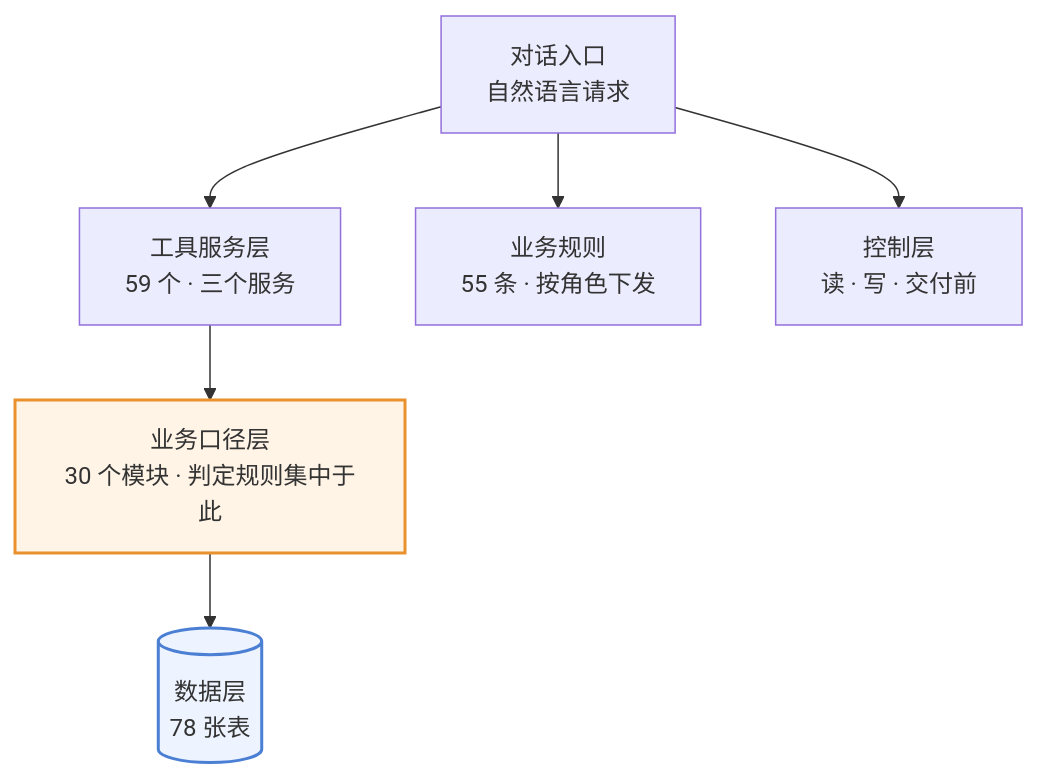
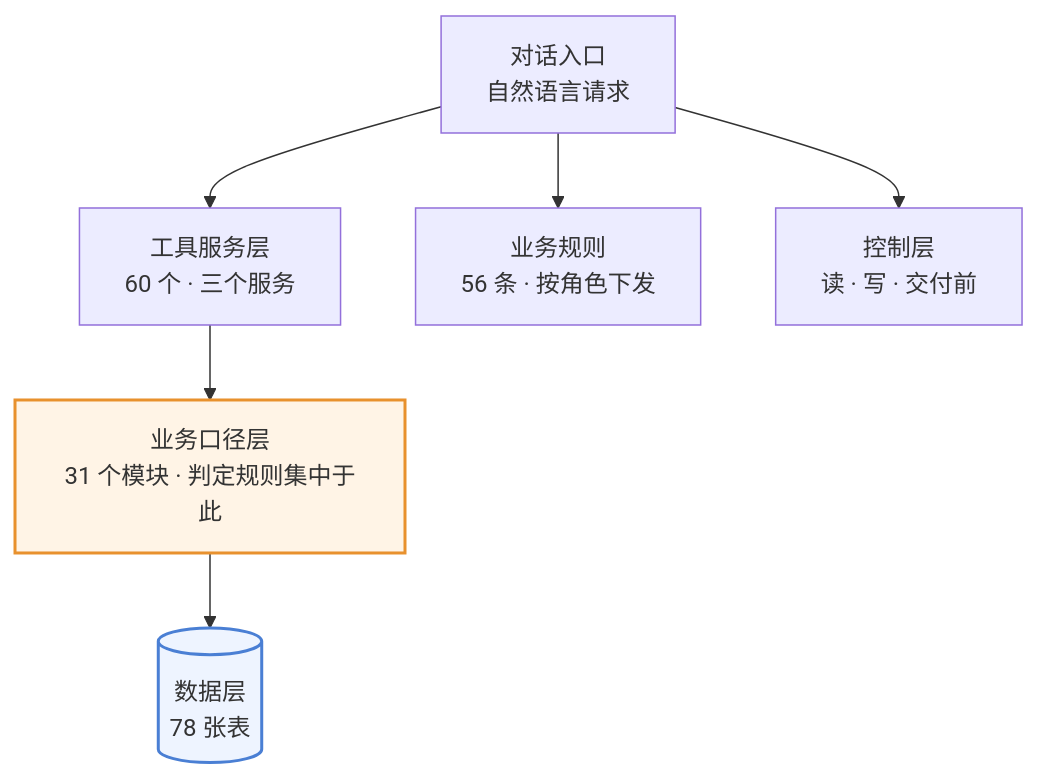
The first of 4 diagrams in 澜绣云裳agent-产品需求文档.md (843773296-rgb/lanxiu-yunshang-agent), drawn with Mermaid before and after one commit. The commit also changed other lines of this file and 16 other files, not shown here.

````diff
--- a/澜绣云裳agent-产品需求文档.md
+++ b/澜绣云裳agent-产品需求文档.md
@@ -134,12 +134,12 @@
 ```mermaid
 flowchart TD
     M["对话入口<br/>自然语言请求"]
-    M --> T["工具服务层<br/>59 个 · 三个服务"]
-    M --> R["业务规则<br/>55 条 · 按角色下发"]
+    M --> T["工具服务层<br/>60 个 · 三个服务"]
+    M --> R["业务规则<br/>56 条 · 按角色下发"]
     M --> G["控制层<br/>读 · 写 · 交付前"]
-    T --> K["业务口径层<br/>30 个模块 · 判定规则集中于此"]
+    T --> K["业务口径层<br/>31 个模块 · 判定规则集中于此"]
     K --> DB[("数据层<br/>78 张表")]
 
     style K fill:#fff4e6,stroke:#e8912d,stroke-width:2px
     style DB fill:#eef4ff,stroke:#4a7fd4,stroke-width:2px
 ```
````
